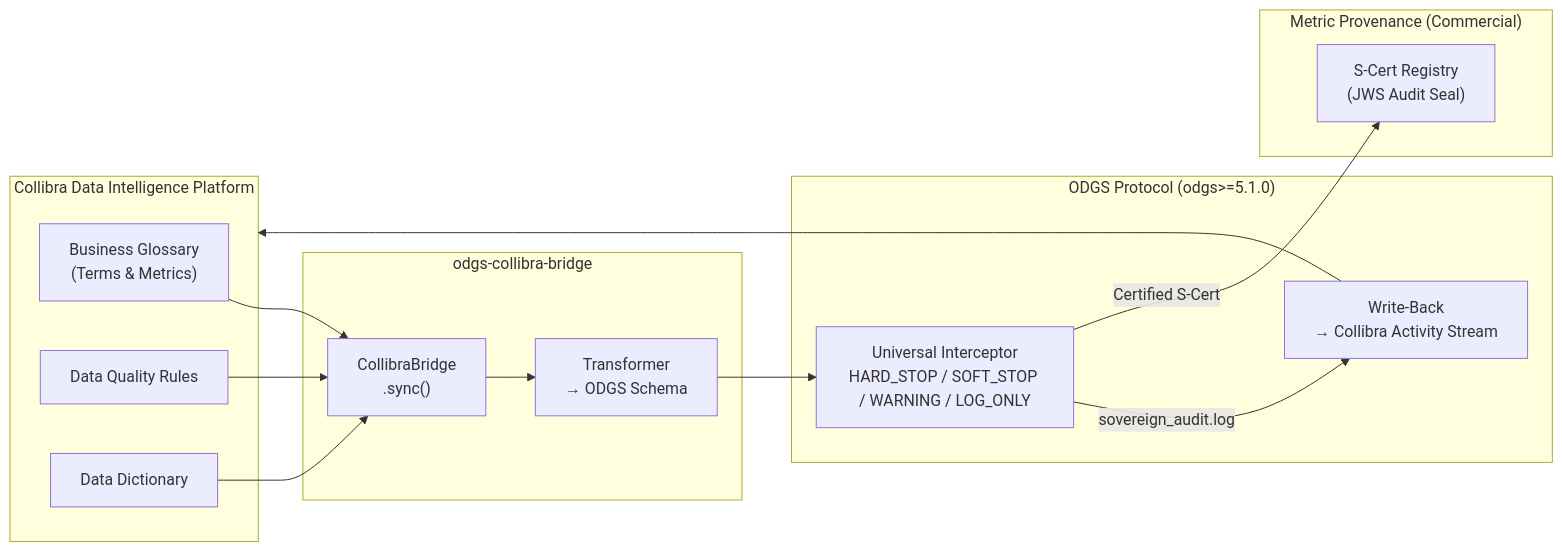
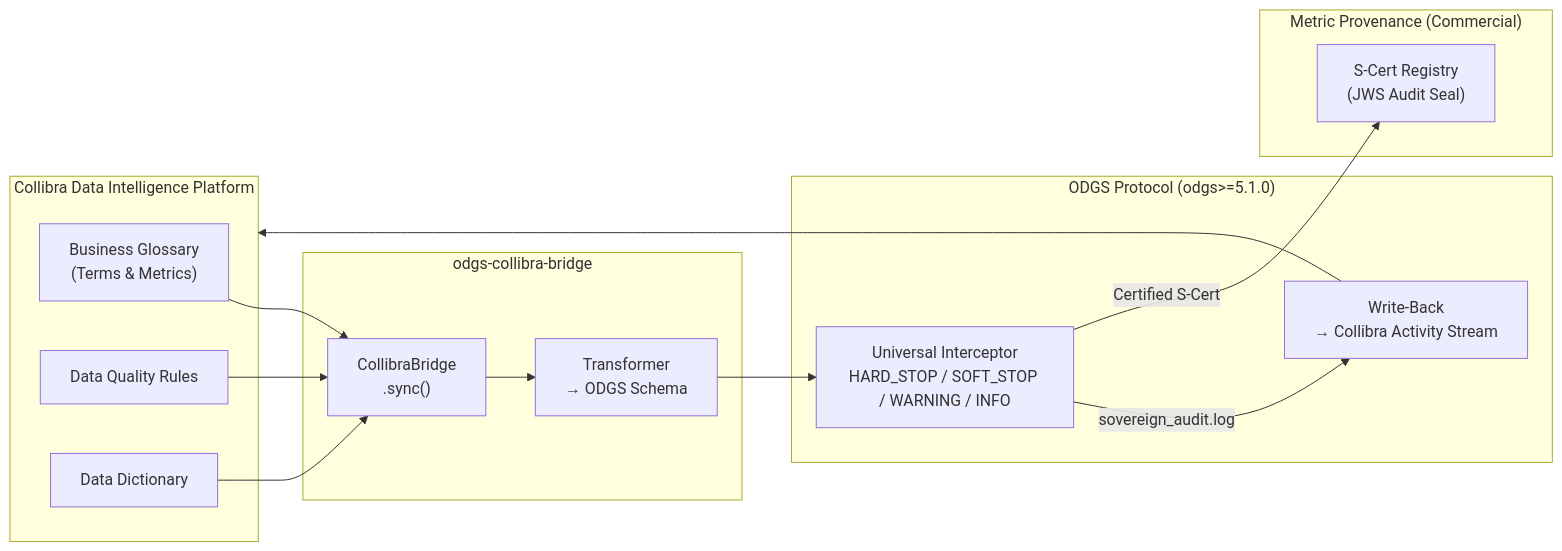
The diagram in README.md (MetricProvenance/odgs-collibra-bridge), drawn with Mermaid before and after one commit. The commit also changed other lines of this file and 9 other files, not shown here.

````diff
--- a/README.md
+++ b/README.md
@@ -26,26 +26,26 @@
 ```mermaid
 flowchart LR
     subgraph Collibra["Collibra Data Intelligence Platform"]
         BG["Business Glossary\n(Terms & Metrics)"]
         DQ["Data Quality Rules"]
         DD["Data Dictionary"]
     end
 
     subgraph Bridge["odgs-collibra-bridge"]
         T["CollibraBridge\n.sync()"]
         TR["Transformer\n→ ODGS Schema"]
     end
 
     subgraph ODGS["ODGS Protocol (odgs>=5.1.0)"]
-        I["Universal Interceptor\nHARD_STOP / SOFT_STOP / WARNING / LOG_ONLY"]
+        I["Universal Interceptor\nHARD_STOP / SOFT_STOP / WARNING / INFO"]
         WB["Write-Back\n→ Collibra Activity Stream"]
     end
 
     subgraph MP["Metric Provenance (Commercial)"]
         SC["S-Cert Registry\n(JWS Audit Seal)"]
     end
 
     BG & DQ & DD --> T --> TR --> I
     I -->|"sovereign_audit.log"| WB --> Collibra
     I -->|"Certified S-Cert"| SC
 ```
````
